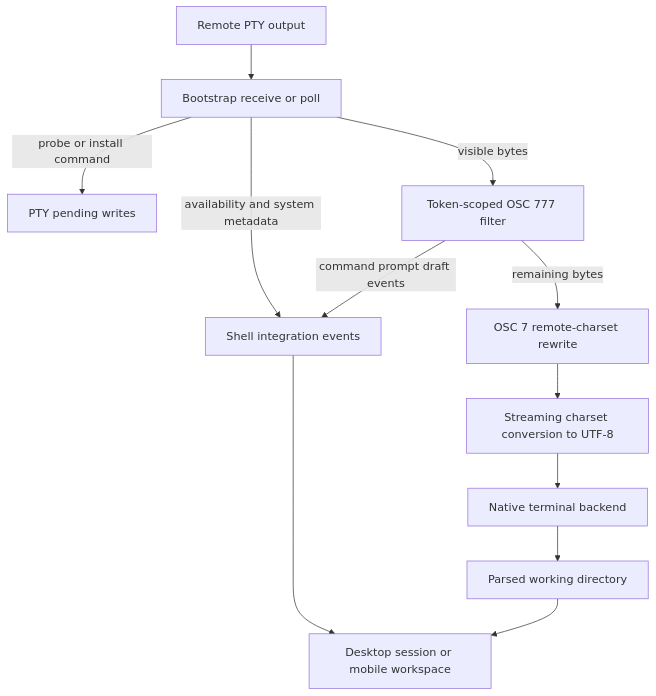
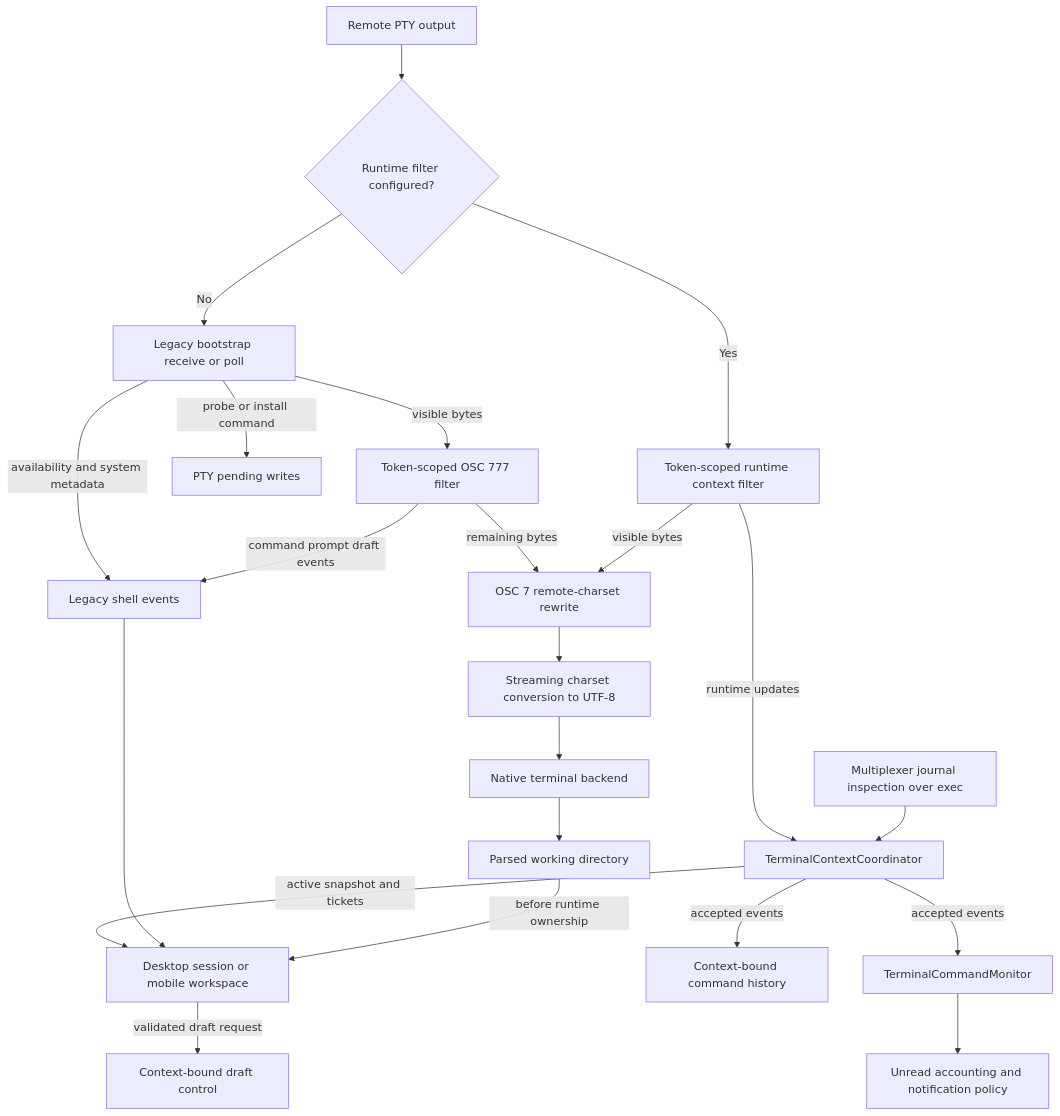
The third of 7 diagrams in openwiki/concepts/shell-integration.md (AkinoKaede/Termind), drawn with Mermaid before and after one commit. The commit also changed other lines of this file and 68 other files, not shown here.

````diff
--- a/openwiki/concepts/shell-integration.md
+++ b/openwiki/concepts/shell-integration.md
@@ -171,14 +171,24 @@
 ```mermaid
 flowchart TD
-    Shell[Remote PTY output] --> Bootstrap[Bootstrap receive or poll]
+    Shell[Remote PTY output] --> Select{Runtime filter configured?}
+    Select -->|Yes| Runtime[Token-scoped runtime context filter]
+    Select -->|No| Bootstrap[Legacy bootstrap receive or poll]
     Bootstrap -->|probe or install command| Writes[PTY pending writes]
-    Bootstrap -->|availability and system metadata| Events[Shell integration events]
+    Bootstrap -->|availability and system metadata| Events[Legacy shell events]
     Bootstrap -->|visible bytes| Filter[Token-scoped OSC 777 filter]
     Filter -->|command prompt draft events| Events
     Filter -->|remaining bytes| Cwd[OSC 7 remote-charset rewrite]
+    Runtime -->|visible bytes| Cwd
+    Runtime -->|runtime updates| Coordinator[TerminalContextCoordinator]
+    Journal[Multiplexer journal inspection over exec] --> Coordinator
+    Coordinator -->|active snapshot and tickets| Feature[Desktop session or mobile workspace]
+    Coordinator -->|accepted events| History[Context-bound command history]
+    Coordinator -->|accepted events| Monitor[TerminalCommandMonitor]
+    Feature -->|validated draft request| Draft[Context-bound draft control]
+    Monitor --> Alerts[Unread accounting and notification policy]
     Cwd --> Charset[Streaming charset conversion to UTF-8]
     Charset --> Terminal[Native terminal backend]
     Terminal --> WorkingDirectory[Parsed working directory]
-    Events --> Feature[Desktop session or mobile workspace]
-    WorkingDirectory --> Feature
+    Events --> Feature
+    WorkingDirectory -->|before runtime ownership| Feature
 ```
````
